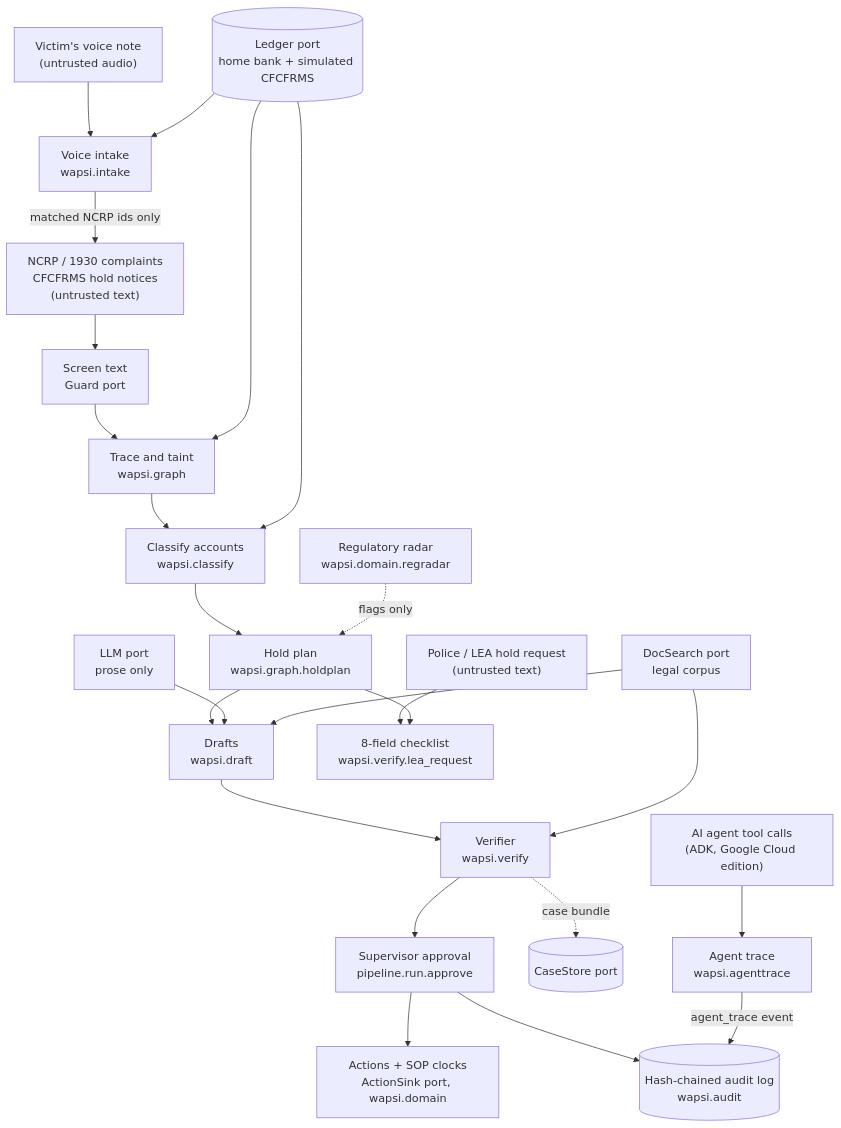
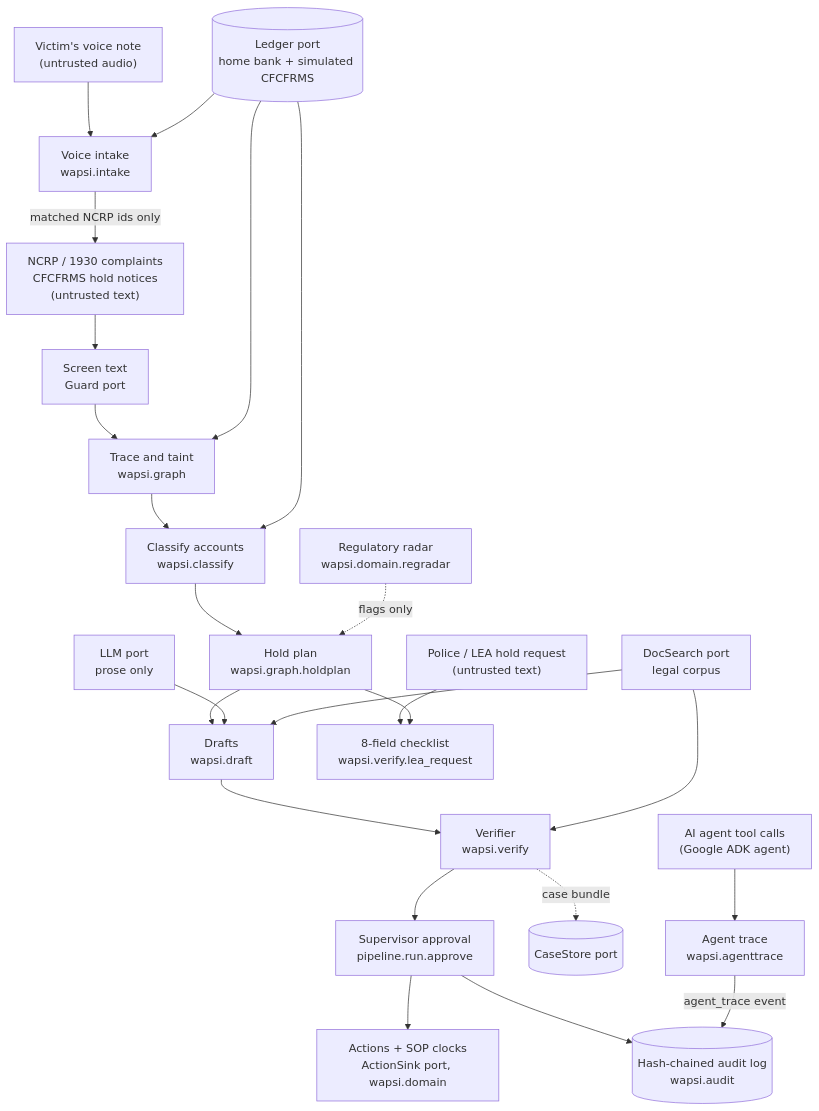
Before and after one commit to GODOSTROYER/wapsi: the first of 10 diagrams in docs/architecture.md, drawn with Mermaid. The commit also changed other lines of this file and 33 other files, not shown here.

````diff
--- a/docs/architecture.md
+++ b/docs/architecture.md
@@ -40,26 +40,26 @@
 ```mermaid
 flowchart TB
     VN["Victim's voice note<br/>(untrusted audio)"] --> VI["Voice intake<br/>wapsi.intake"]
     VI -->|"matched NCRP ids only"| IN
     IN["NCRP / 1930 complaints<br/>CFCFRMS hold notices<br/>(untrusted text)"] --> SCR["Screen text<br/>Guard port"]
     SCR --> TR["Trace and taint<br/>wapsi.graph"]
     TR --> CL["Classify accounts<br/>wapsi.classify"]
     CL --> HP["Hold plan<br/>wapsi.graph.holdplan"]
     HP --> DR["Drafts<br/>wapsi.draft"]
     DR --> VE["Verifier<br/>wapsi.verify"]
     VE --> AP["Supervisor approval<br/>pipeline.run.approve"]
     AP --> OUT["Actions + SOP clocks<br/>ActionSink port, wapsi.domain"]
     AP --> AUD[("Hash-chained audit log<br/>wapsi.audit")]
     LEA["Police / LEA hold request<br/>(untrusted text)"] --> LC["8-field checklist<br/>wapsi.verify.lea_request"]
     HP --> LC
     RAD["Regulatory radar<br/>wapsi.domain.regradar"] -.->|"flags only"| HP
     LED[("Ledger port<br/>home bank + simulated CFCFRMS")] --> TR
     LED --> CL
     LLM["LLM port<br/>prose only"] --> DR
     DOCS["DocSearch port<br/>legal corpus"] --> DR
     DOCS --> VE
     VE -.->|"case bundle"| STORE[("CaseStore port")]
     LED --> VI
-    AG["AI agent tool calls<br/>(ADK, Google Cloud edition)"] --> AT["Agent trace<br/>wapsi.agenttrace"]
+    AG["AI agent tool calls<br/>(Google ADK agent)"] --> AT["Agent trace<br/>wapsi.agenttrace"]
     AT -->|"agent_trace event"| AUD
 ```
````
